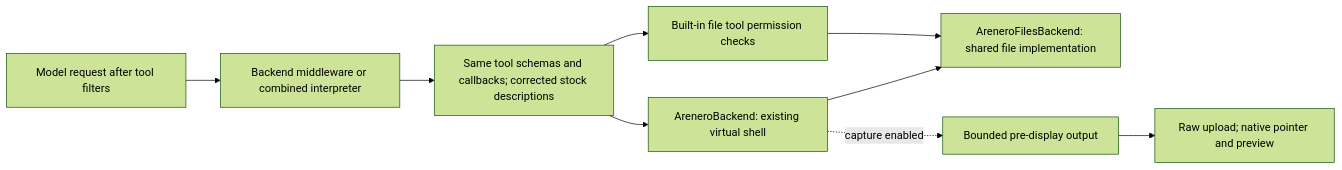
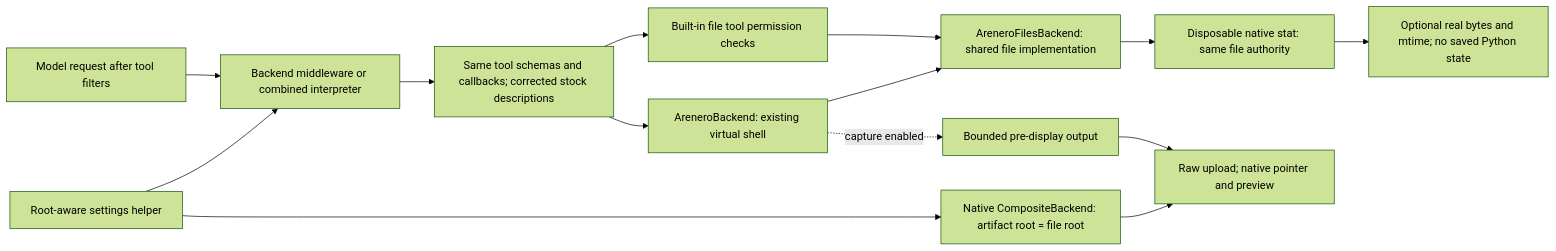
Before and after one commit to sgaseretto/arenero: the fifth of 7 diagrams in docs/architecture.md, drawn with Mermaid (forest theme). The commit also changed other lines of this file and 10 other files, not shown here.

Commit message:
feat: simplify Deep Agents setup and add real file metadata

````diff
--- a/docs/architecture.md
+++ b/docs/architecture.md
@@ -359,11 +368,16 @@
 ```mermaid
 flowchart LR
     Model["Model request after tool filters"] --> Guidance["Backend middleware or combined interpreter"]
     Guidance --> Tools["Same tool schemas and callbacks; corrected stock descriptions"]
     Tools --> Rules["Built-in file tool permission checks"]
     Rules --> FileAPI["AreneroFilesBackend: shared file implementation"]
     Tools --> ShellAPI["AreneroBackend: existing virtual shell"]
     ShellAPI --> FileAPI
     ShellAPI -. "capture enabled" .-> Capture["Bounded pre-display output"]
     Capture --> Transfer["Raw upload; native pointer and preview"]
+    Settings["Root-aware settings helper"] --> Guidance
+    Settings --> Root["Native CompositeBackend: artifact root = file root"]
+    Root --> Transfer
+    FileAPI --> Stat["Disposable native stat: same file authority"]
+    Stat --> Metadata["Optional real bytes and mtime; no saved Python state"]
 ```
````
